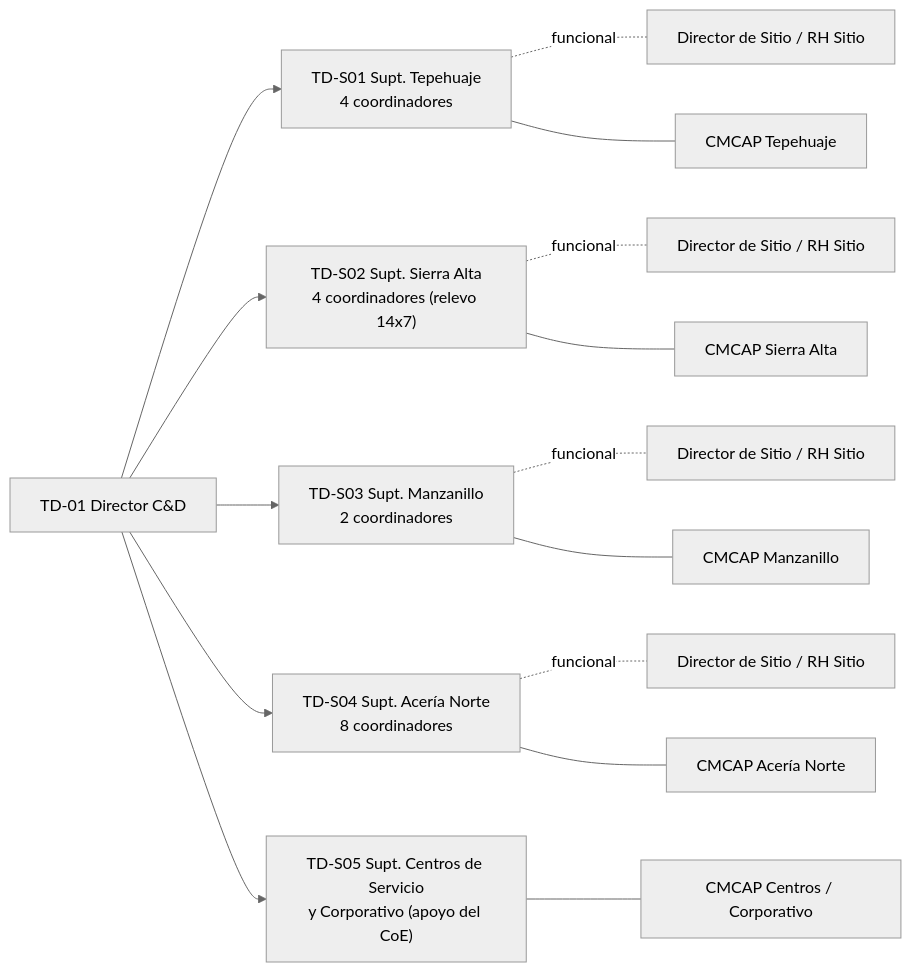
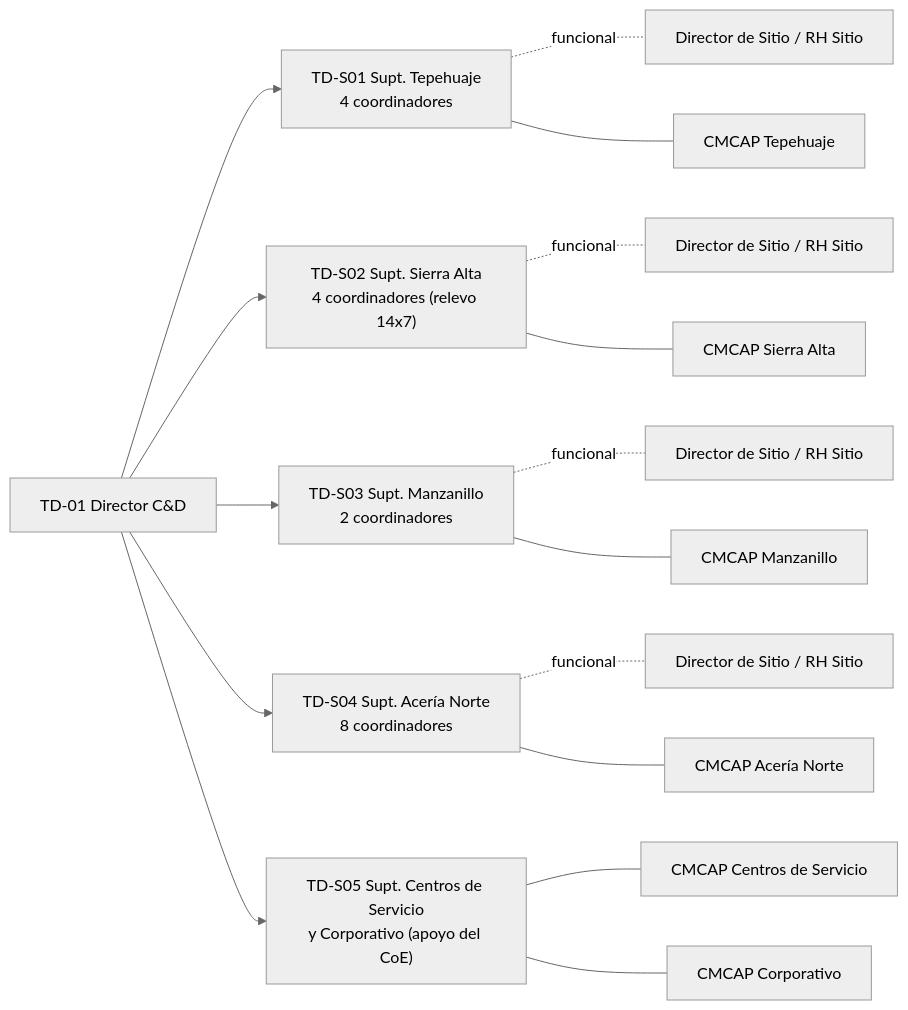
The second of 2 diagrams in 03-department-design/org/00-organigrama-general.md (diegocardonaguzman03-maker/HR), drawn with Mermaid (neutral theme) before and after one commit. The commit also changed other lines of this file and 24 other files, not shown here.

````diff
--- a/03-department-design/org/00-organigrama-general.md
+++ b/03-department-design/org/00-organigrama-general.md
@@ -65,18 +65,19 @@
 ```mermaid
 flowchart LR
     DIR["TD-01 Director C&D"]
     DIR --> S1["TD-S01 Supt. Tepehuaje<br/>4 coordinadores"]
     DIR --> S2["TD-S02 Supt. Sierra Alta<br/>4 coordinadores (relevo 14x7)"]
     DIR --> S3["TD-S03 Supt. Manzanillo<br/>2 coordinadores"]
     DIR --> S4["TD-S04 Supt. Acería Norte<br/>8 coordinadores"]
     DIR --> S5["TD-S05 Supt. Centros de Servicio<br/>y Corporativo (apoyo del CoE)"]
     S1 -. "funcional" .- R1["Director de Sitio / RH Sitio"]
     S2 -. "funcional" .- R2["Director de Sitio / RH Sitio"]
     S3 -. "funcional" .- R3["Director de Sitio / RH Sitio"]
     S4 -. "funcional" .- R4["Director de Sitio / RH Sitio"]
     S1 --- K1["CMCAP Tepehuaje"]
     S2 --- K2["CMCAP Sierra Alta"]
     S3 --- K3["CMCAP Manzanillo"]
     S4 --- K4["CMCAP Acería Norte"]
-    S5 --- K5["CMCAP Centros / Corporativo"]
+    S5 --- K5["CMCAP Centros de Servicio"]
+    S5 --- K6["CMCAP Corporativo"]
 ```
````
